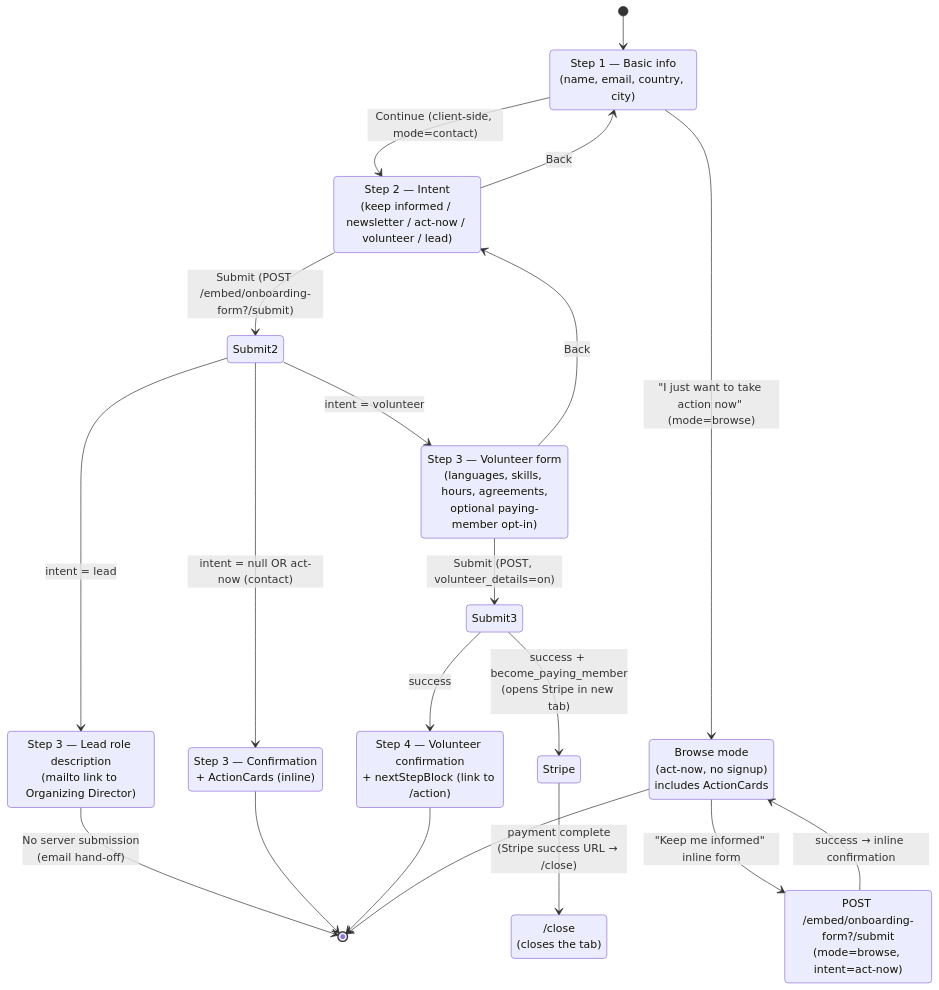
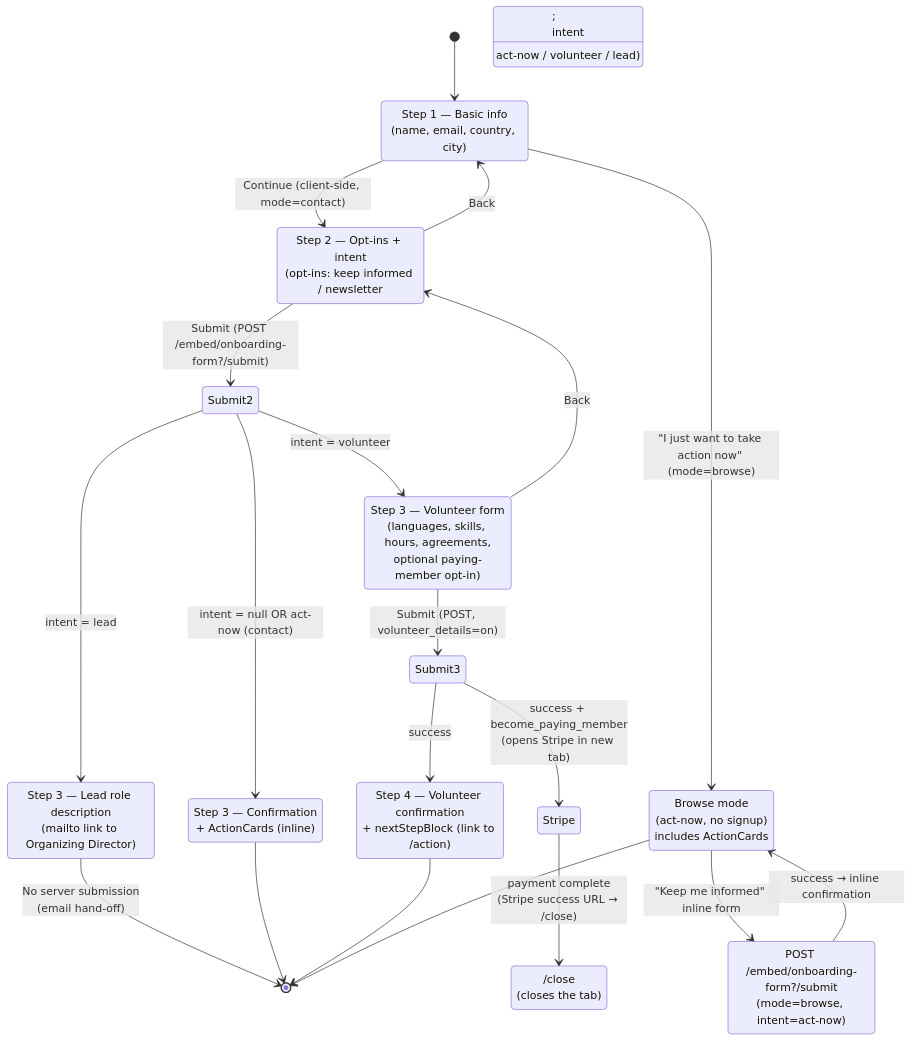
One commit to PauseAI/pauseai-website changed the second of 2 diagrams in docs/join-form-flow.md. Above: the diagram before and after it, drawn with Mermaid. The commit also changed other lines of this file and 3 other files, not shown here.

First line of the commit message:
Untangle Step 2 of the signup form (opt-ins vs intent) (#1014)

````diff
--- a/docs/join-form-flow.md
+++ b/docs/join-form-flow.md
@@ -201,36 +201,36 @@
 ```mermaid
 stateDiagram-v2
     [*] --> Step1
     Step1: Step 1 — Basic info<br/>(name, email, country, city)
     Step1 --> Step2: Continue (client-side, mode=contact)
     Step1 --> Browse: "I just want to take action now" (mode=browse)
     Browse: Browse mode<br/>(act-now, no signup)<br/>includes ActionCards
 
-    Step2: Step 2 — Intent<br/>(keep informed / newsletter / act-now / volunteer / lead)
+    Step2: Step 2 — Opt-ins + intent<br/>(opt-ins: keep informed / newsletter;<br/>intent: act-now / volunteer / lead)
     Step2 --> Step1: Back
     Step2 --> Submit2: Submit (POST /embed/onboarding-form?/submit)
     Submit2 --> Step3Confirm: intent = null OR act-now (contact)
     Submit2 --> Step3Volunteer: intent = volunteer
     Submit2 --> Step3Lead: intent = lead
 
     Browse --> BrowseSignup: "Keep me informed" inline form
     BrowseSignup: POST /embed/onboarding-form?/submit<br/>(mode=browse, intent=act-now)
     BrowseSignup --> Browse: success → inline confirmation
 
     Step3Volunteer: Step 3 — Volunteer form<br/>(languages, skills, hours, agreements,<br/>optional paying-member opt-in)
     Step3Volunteer --> Step2: Back
     Step3Volunteer --> Submit3: Submit (POST, volunteer_details=on)
     Submit3 --> Stripe: success + become_paying_member<br/>(opens Stripe in new tab)
     Stripe --> Close: payment complete<br/>(Stripe success URL → /close)
     Close: /close<br/>(closes the tab)
     Submit3 --> Step4: success
 
     Step3Lead: Step 3 — Lead role description<br/>(mailto link to Organizing Director)
     Step3Lead --> [*]: No server submission<br/>(email hand-off)
 
     Step3Confirm: Step 3 — Confirmation<br/>+ ActionCards (inline)
     Step4: Step 4 — Volunteer confirmation<br/>+ nextStepBlock (link to /action)
     Step3Confirm --> [*]
     Step4 --> [*]
     Browse --> [*]
 ```
````
